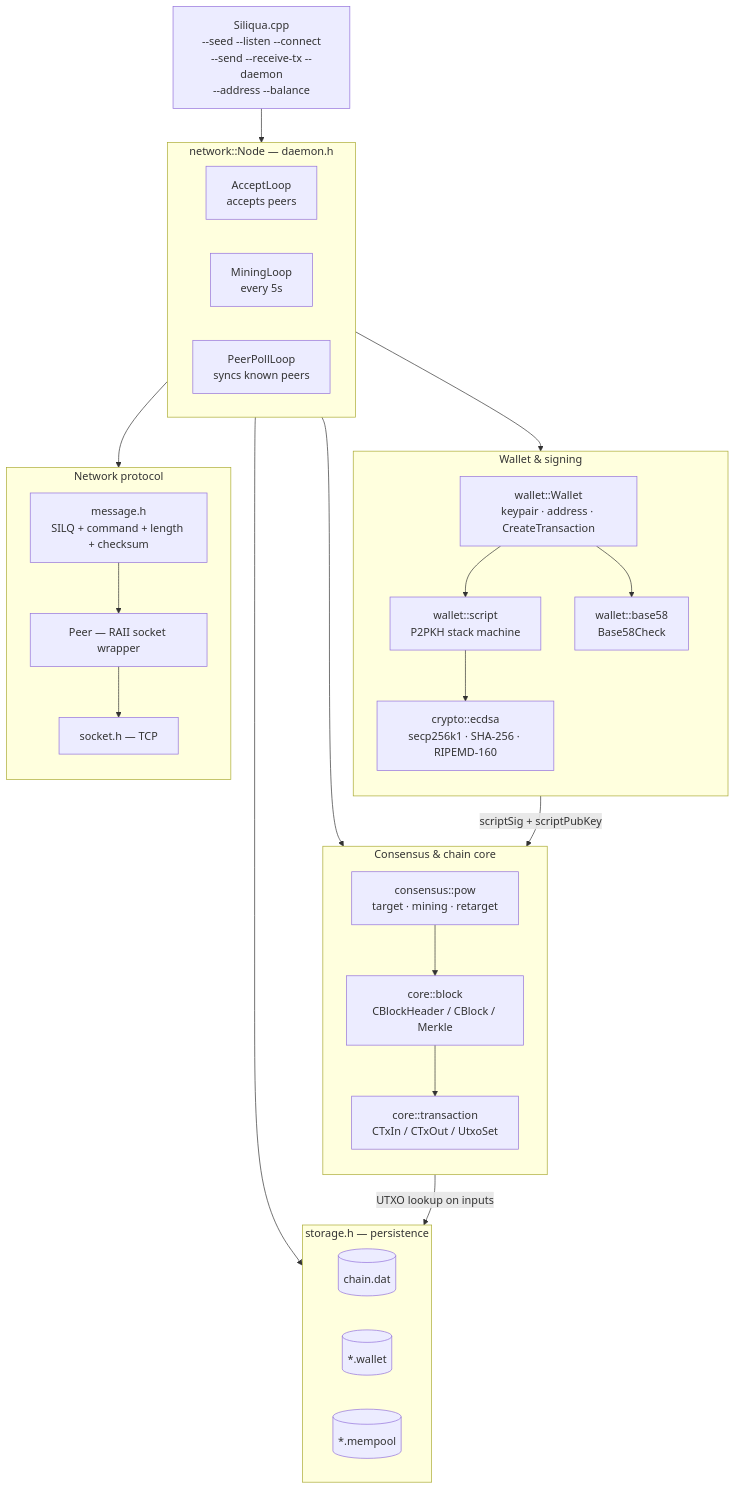
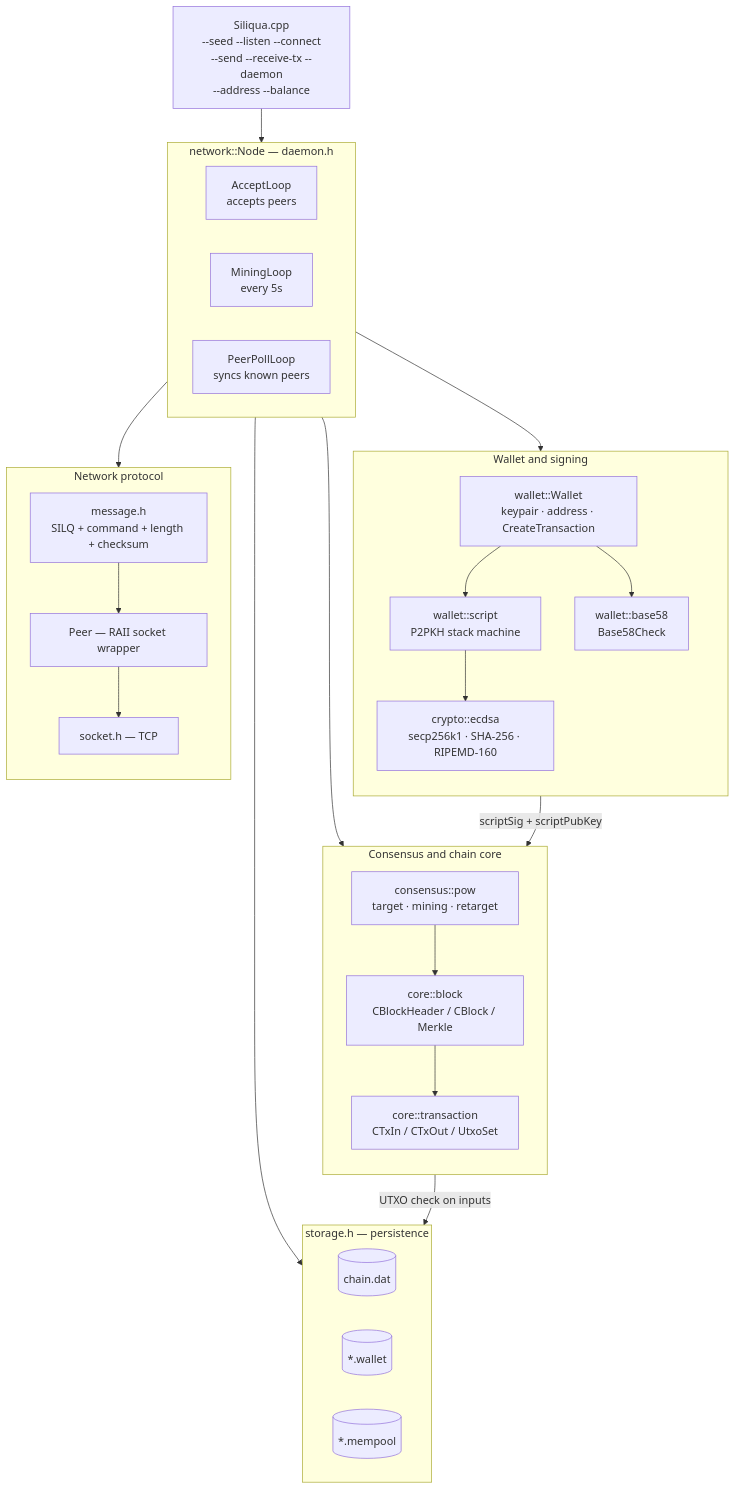
Before and after one commit to crypt0xCode/Siliqua: the third of 4 diagrams in README.md, drawn with Mermaid. The commit also changed other lines of this file and 4 other files, not shown here.

````diff
--- a/README.md
+++ b/README.md
@@ -788,50 +786,50 @@
 ```mermaid
 flowchart TB
   CLI["Siliqua.cpp<br/>--seed --listen --connect<br/>--send --receive-tx --daemon<br/>--address --balance"]
   CLI --> NODE
 
   subgraph NODE["network::Node — daemon.h"]
     direction LR
     ACC["AcceptLoop<br/>accepts peers"]
     MINE["MiningLoop<br/>every 5s"]
     POLL["PeerPollLoop<br/>syncs known peers"]
   end
 
   NODE --> CONS & WAL & NET & STORE
 
-  subgraph CONS["Consensus &amp; chain core"]
+  subgraph CONS["Consensus and chain core"]
     direction TB
     POW["consensus::pow<br/>target · mining · retarget"]
     BLK["core::block<br/>CBlockHeader / CBlock / Merkle"]
     TX["core::transaction<br/>CTxIn / CTxOut / UtxoSet"]
     POW --> BLK --> TX
   end
 
-  subgraph WAL["Wallet &amp; signing"]
+  subgraph WAL["Wallet and signing"]
     direction TB
     W["wallet::Wallet<br/>keypair · address · CreateTransaction"]
     SCR["wallet::script<br/>P2PKH stack machine"]
     B58["wallet::base58<br/>Base58Check"]
     ECD["crypto::ecdsa<br/>secp256k1 · SHA-256 · RIPEMD-160"]
     W --> SCR --> ECD
     W --> B58
   end
 
   subgraph NET["Network protocol"]
     direction TB
     MSG["message.h<br/>SILQ + command + length + checksum"]
     PEER["Peer — RAII socket wrapper"]
     SOCK["socket.h — TCP"]
     MSG --> PEER --> SOCK
   end
 
   subgraph STORE["storage.h — persistence"]
     direction LR
     CH[("chain.dat")]
     WF[("*.wallet")]
     MP[("*.mempool")]
   end
 
-  TX -->|UTXO lookup on inputs| STORE
+  TX -->|UTXO check on inputs| STORE
   SCR -->|scriptSig + scriptPubKey| TX
 ```
````
